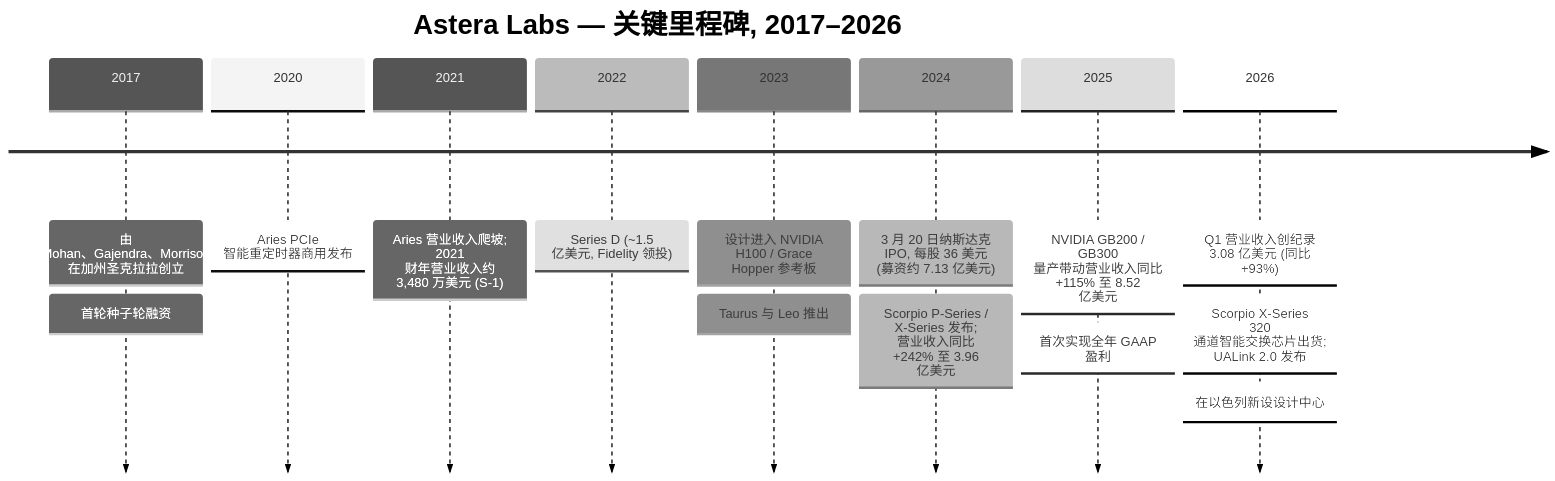
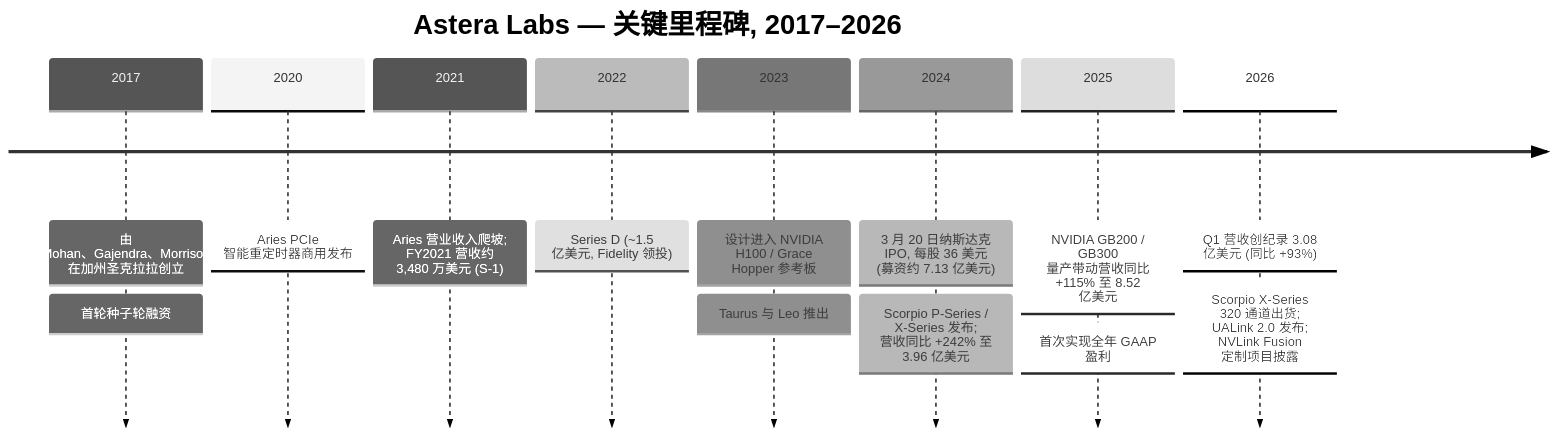
One commit to dadachundan/financial_agent changed the first of 4 diagrams in reports/company/AsteraLabs_NASDAQ_ALAB/AsteraLabs_NASDAQ_ALAB_公司研究.md. Above: the diagram before and after it, drawn with Mermaid (neutral theme). The commit also changed other lines of this file and 10 other files, not shown here.

Commit message:
feat(company-research): refresh Astera Labs (ALAB) — decision layer + full chart suite; fix fabricated SEC URLs

````diff
--- a/reports/company/AsteraLabs_NASDAQ_ALAB/AsteraLabs_NASDAQ_ALAB_公司研究.md
+++ b/reports/company/AsteraLabs_NASDAQ_ALAB/AsteraLabs_NASDAQ_ALAB_公司研究.md
@@ -75,18 +343,17 @@
 ```mermaid
 timeline
     title Astera Labs — 关键里程碑, 2017–2026
     2017 : 由 Mohan、Gajendra、Morrison 在加州圣克拉拉创立
          : 首轮种子轮融资
     2020 : Aries PCIe 智能重定时器商用发布
-    2021 : Aries 营业收入爬坡; 2021 财年营业收入约 3,480 万美元 (S-1)
+    2021 : Aries 营业收入爬坡; FY2021 营收约 3,480 万美元 (S-1)
     2022 : Series D (~1.5 亿美元, Fidelity 领投)
     2023 : 设计进入 NVIDIA H100 / Grace Hopper 参考板
          : Taurus 与 Leo 推出
     2024 : 3 月 20 日纳斯达克 IPO, 每股 36 美元 (募资约 7.13 亿美元)
-         : Scorpio P-Series / X-Series 发布; 营业收入同比 +242% 至 3.96 亿美元
-    2025 : NVIDIA GB200 / GB300 量产带动营业收入同比 +115% 至 8.52 亿美元
+         : Scorpio P-Series / X-Series 发布; 营收同比 +242% 至 3.96 亿美元
+    2025 : NVIDIA GB200 / GB300 量产带动营收同比 +115% 至 8.52 亿美元
          : 首次实现全年 GAAP 盈利
-    2026 : Q1 营业收入创纪录 3.08 亿美元 (同比 +93%)
-         : Scorpio X-Series 320 通道智能交换芯片出货; UALink 2.0 发布
-         : 在以色列新设设计中心
+    2026 : Q1 营收创纪录 3.08 亿美元 (同比 +93%)
+         : Scorpio X-Series 320 通道出货; UALink 2.0 发布; NVLink Fusion 定制项目披露
 ```
````
